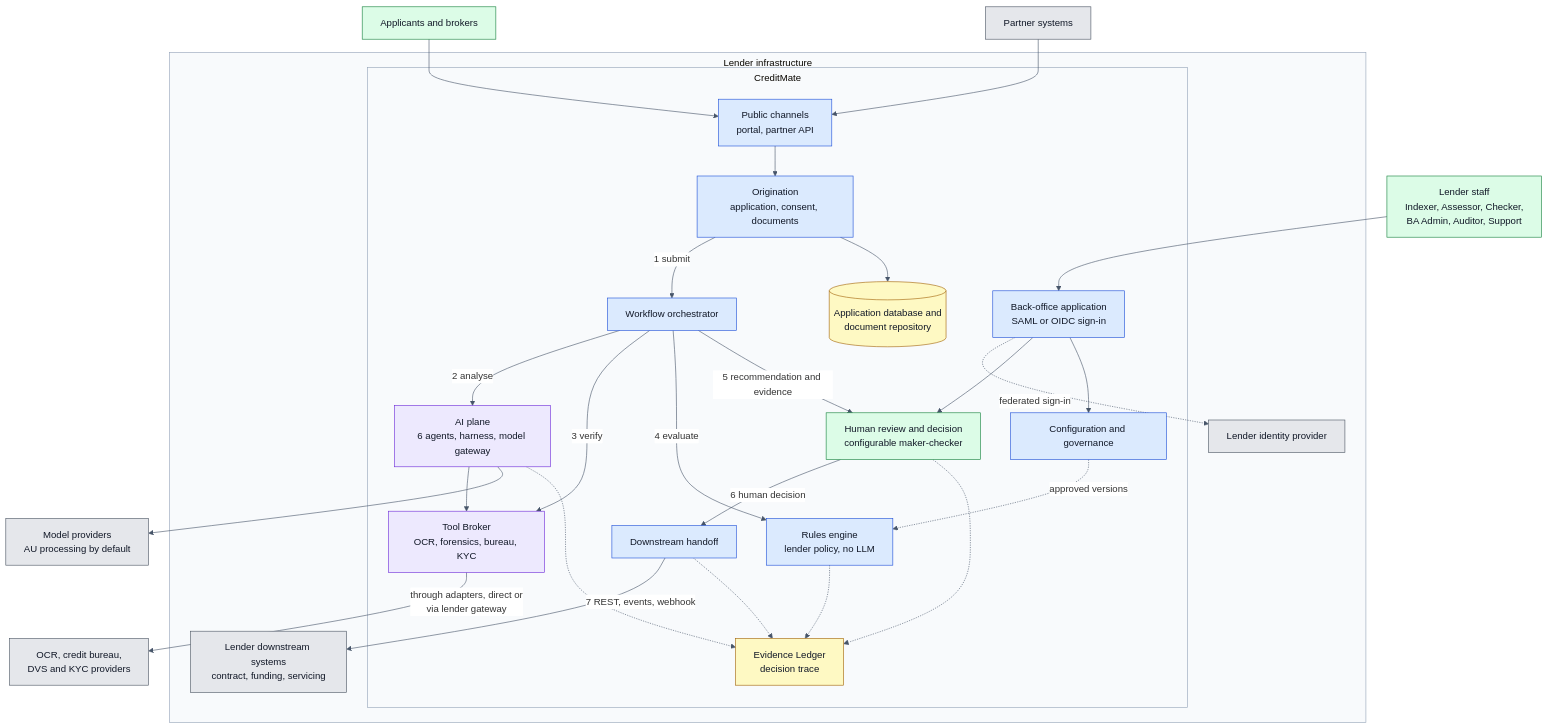
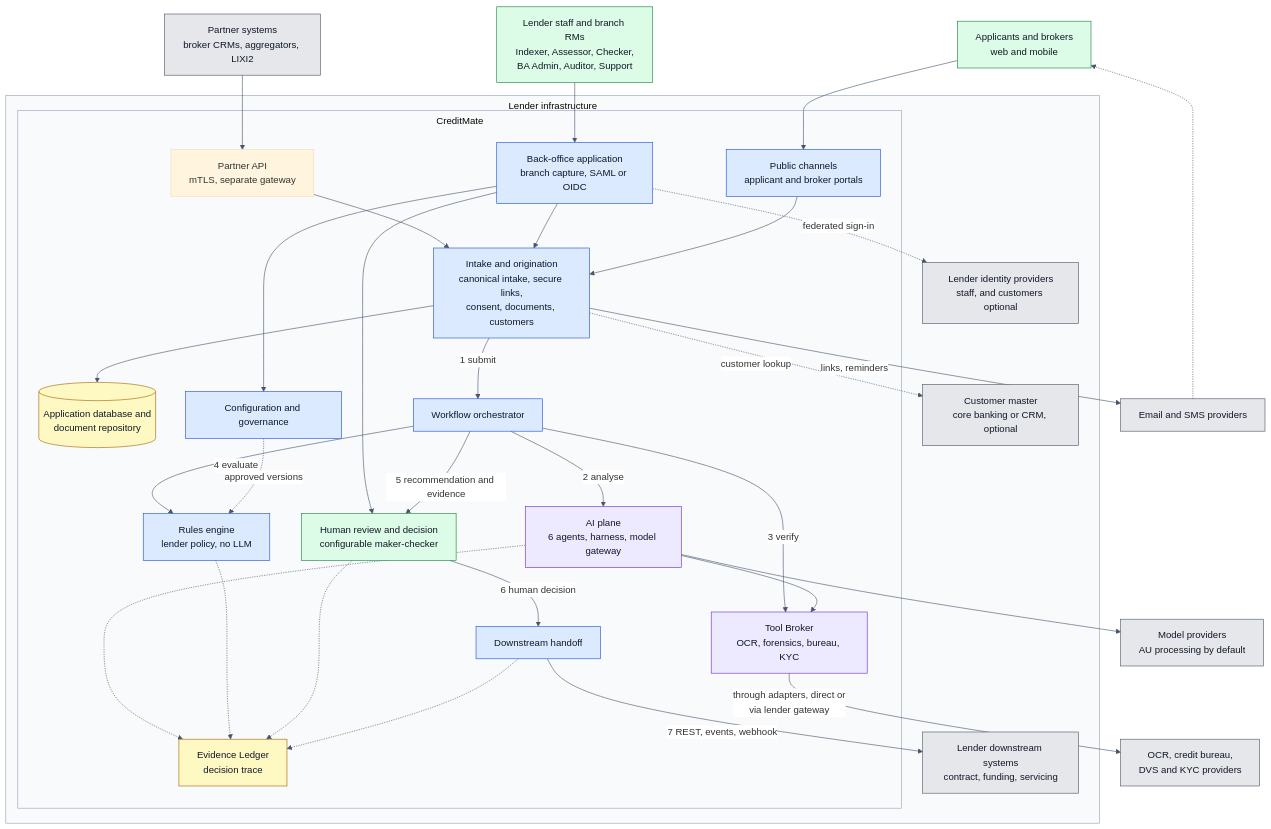
Before and after one commit to pradeepmittal04/creditmAIte: the first of 15 diagrams in ARCHITECTURE_DIAGRAMS.md, drawn with Mermaid. The commit also changed other lines of this file and 19 other files, not shown here.

First line of the commit message:
Add channels and intake design: broker, branch and direct routes

````diff
--- a/ARCHITECTURE_DIAGRAMS.md
+++ b/ARCHITECTURE_DIAGRAMS.md
@@ -36,59 +37,67 @@
 ```mermaid
 %%{init: {'theme':'base','themeVariables':{'clusterBkg':'#f8fafc','clusterBorder':'#94a3b8','lineColor':'#475569','edgeLabelBackground':'#ffffff'},'flowchart':{'subGraphTitleMargin':{'top':6,'bottom':22}}}}%%
 flowchart TB
-  EXT["Applicants and brokers"]:::human
-  PART["Partner systems"]:::ext
-  STAFF["Lender staff<br/>Indexer, Assessor, Checker,<br/>BA Admin, Auditor, Support"]:::human
+  EXT["Applicants and brokers<br/>web and mobile"]:::human
+  PART["Partner systems<br/>broker CRMs, aggregators, LIXI2"]:::ext
+  STAFF["Lender staff and branch RMs<br/>Indexer, Assessor, Checker,<br/>BA Admin, Auditor, Support"]:::human
 
   subgraph LENDER["Lender infrastructure"]
     subgraph PRODUCT["CreditMate"]
-      PUB["Public channels<br/>portal, partner API"]:::core
-      INT["Back-office application<br/>SAML or OIDC sign-in"]:::core
-      ORIG["Origination<br/>application, consent, documents"]:::core
+      PUB["Public channels<br/>applicant and broker portals"]:::core
+      PARTG["Partner API<br/>mTLS, separate gateway"]:::prop
+      INT["Back-office application<br/>branch capture, SAML or OIDC"]:::core
+      ORIG["Intake and origination<br/>canonical intake, secure links,<br/>consent, documents, customers"]:::core
       STORE[("Application database and<br/>document repository")]:::data
       FLOW["Workflow orchestrator"]:::core
       AI["AI plane<br/>6 agents, harness, model gateway"]:::ai
       TOOLS["Tool Broker<br/>OCR, forensics, bureau, KYC"]:::ai
       RULES["Rules engine<br/>lender policy, no LLM"]:::core
       HUMAN["Human review and decision<br/>configurable maker-checker"]:::human
       HAND["Downstream handoff"]:::core
       GOV["Configuration and governance"]:::core
       LEDGER["Evidence Ledger<br/>decision trace"]:::data
     end
-    IDP["Lender identity provider"]:::ext
+    IDP["Lender identity providers<br/>staff, and customers optional"]:::ext
     DOWN["Lender downstream systems<br/>contract, funding, servicing"]:::ext
+    MASTER["Customer master<br/>core banking or CRM, optional"]:::ext
   end
+  MSGP["Email and SMS providers"]:::ext
 
   MODELS["Model providers<br/>AU processing by default"]:::ext
   PROV["OCR, credit bureau,<br/>DVS and KYC providers"]:::ext
 
   EXT --> PUB
-  PART --> PUB
+  PART --> PARTG
+  PARTG --> ORIG
   STAFF --> INT
+  INT --> ORIG
+  ORIG -.->|"customer lookup"| MASTER
+  ORIG -->|"links, reminders"| MSGP
+  MSGP -.-> EXT
   INT -.->|"federated sign-in"| IDP
   PUB --> ORIG
   INT --> HUMAN
   INT --> GOV
   ORIG -->|"1 submit"| FLOW
   ORIG --> STORE
   FLOW -->|"2 analyse"| AI
   FLOW -->|"3 verify"| TOOLS
   AI --> TOOLS
   FLOW -->|"4 evaluate"| RULES
   FLOW -->|"5 recommendation and evidence"| HUMAN
   GOV -.->|"approved versions"| RULES
   AI --> MODELS
   TOOLS -->|"through adapters, direct or<br/>via lender gateway"| PROV
   HUMAN -->|"6 human decision"| HAND
   HAND -->|"7 REST, events, webhook"| DOWN
   AI -.-> LEDGER
   RULES -.-> LEDGER
   HUMAN -.-> LEDGER
   HAND -.-> LEDGER
 
   classDef core fill:#dbeafe,stroke:#1d4ed8,color:#111827
   classDef ai fill:#ede9fe,stroke:#6d28d9,color:#111827
   classDef human fill:#dcfce7,stroke:#15803d,color:#111827
   classDef data fill:#fef9c3,stroke:#a16207,color:#111827
   classDef ext fill:#e5e7eb,stroke:#4b5563,color:#111827
 ```
````
